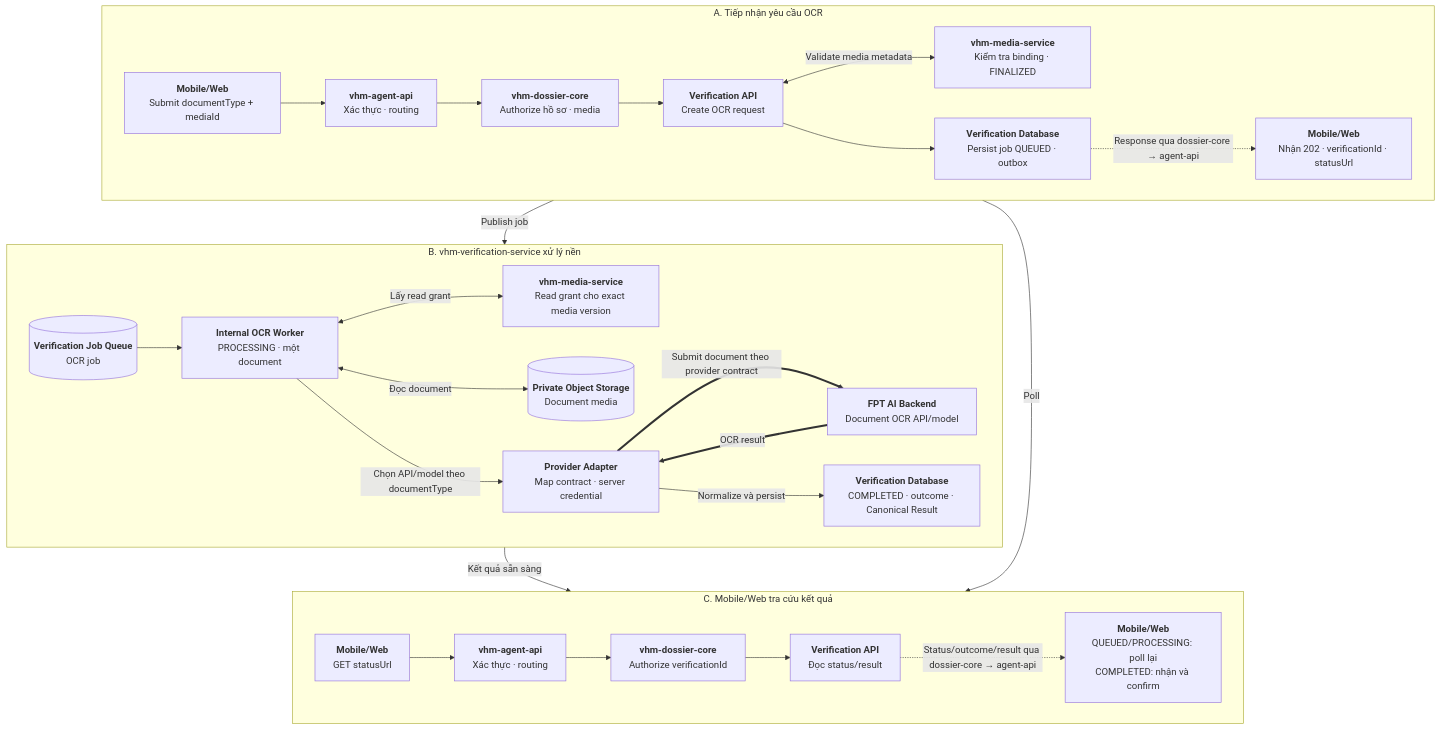
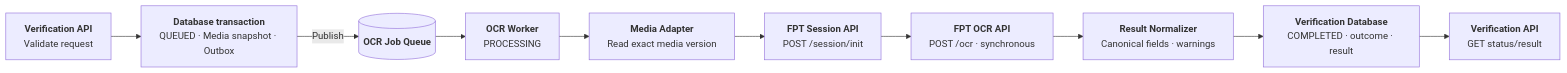
Before and after one commit to huynv-xyz/vhm: the third of 5 diagrams in noxh.md, drawn with Mermaid. The commit also changed other lines of this file, not shown here.

````diff
--- a/noxh.md
+++ b/noxh.md
@@ -200,73 +187,26 @@
 ```mermaid
-flowchart TB
-    subgraph SUBMIT["A. Tiếp nhận yêu cầu OCR"]
-        direction LR
-        S_CLIENT["`**Mobile/Web**
-Submit documentType + mediaId`"]
-        S_BFF["`**vhm-agent-api**
-Xác thực · routing`"]
-        S_DOSSIER["`**vhm-dossier-core**
-Authorize hồ sơ · media`"]
-        S_API["`**Verification API**
-Create OCR request`"]
-        S_MEDIA["`**vhm-media-service**
-Kiểm tra binding · FINALIZED`"]
-        S_ACCEPT["`**Verification Database**
-Persist job QUEUED · outbox`"]
-        S_202["`**Mobile/Web**
-Nhận 202 · verificationId · statusUrl`"]
+flowchart LR
+    API["`**Verification API**
+Validate request`"]
+    ACCEPT["`**Database transaction**
+QUEUED · Media snapshot · Outbox`"]
+    QUEUE[("`**OCR Job Queue**`")]
+    WORKER["`**OCR Worker**
+PROCESSING`"]
+    READ["`**Media Adapter**
+Read exact media version`"]
+    INIT["`**FPT Session API**
+POST /session/init`"]
+    OCR["`**FPT OCR API**
+POST /ocr · synchronous`"]
+    NORMALIZE["`**Result Normalizer**
+Canonical fields · warnings`"]
+    DONE["`**Verification Database**
+COMPLETED · outcome · result`"]
+    STATUS["`**Verification API**
+GET status/result`"]
 
-        S_CLIENT --> S_BFF --> S_DOSSIER --> S_API
-        S_API <-->|"Validate media metadata"| S_MEDIA
-        S_API --> S_ACCEPT
-        S_ACCEPT -.->|"Response qua dossier-core → agent-api"| S_202
-    end
-
-    subgraph PROCESS["B. vhm-verification-service xử lý nền"]
-        direction LR
-        P_QUEUE[("`**Verification Job Queue**
-OCR job`")]
-        P_WORKER["`**Internal OCR Worker**
-PROCESSING · một document`"]
-        P_READ["`**vhm-media-service**
-Read grant cho exact media version`"]
-        P_STORAGE[("`**Private Object Storage**
-Document media`")]
-        P_ADAPTER["`**Provider Adapter**
-Map contract · server credential`"]
-        P_PROVIDER["`**FPT AI Backend**
-Document OCR API/model`"]
-        P_RESULT["`**Verification Database**
-COMPLETED · outcome · Canonical Result`"]
-
-        P_QUEUE --> P_WORKER
-        P_WORKER <-->|"Lấy read grant"| P_READ
-        P_WORKER <-->|"Đọc document"| P_STORAGE
-        P_WORKER -->|"Chọn API/model theo documentType"| P_ADAPTER
-        P_ADAPTER ==>|"Submit document theo provider contract"| P_PROVIDER
-        P_PROVIDER ==>|"OCR result"| P_ADAPTER
-        P_ADAPTER -->|"Normalize và persist"| P_RESULT
-    end
-
-    subgraph QUERY["C. Mobile/Web tra cứu kết quả"]
-        direction LR
-        Q_CLIENT["`**Mobile/Web**
-GET statusUrl`"]
-        Q_BFF["`**vhm-agent-api**
-Xác thực · routing`"]
-        Q_DOSSIER["`**vhm-dossier-core**
-Authorize verificationId`"]
-        Q_API["`**Verification API**
-Đọc status/result`"]
-        Q_RESPONSE["`**Mobile/Web**
-QUEUED/PROCESSING: poll lại
-COMPLETED: nhận và confirm`"]
-
-        Q_CLIENT --> Q_BFF --> Q_DOSSIER --> Q_API
-        Q_API -.->|"Status/outcome/result qua dossier-core → agent-api"| Q_RESPONSE
-    end
-
-    S_ACCEPT -->|"Publish job"| P_QUEUE
-    S_202 -->|"Poll"| Q_CLIENT
-    P_RESULT -->|"Kết quả sẵn sàng"| Q_API
+    API --> ACCEPT -->|"Publish"| QUEUE --> WORKER
+    WORKER --> READ --> INIT --> OCR --> NORMALIZE --> DONE
+    DONE --> STATUS
 ```
````
